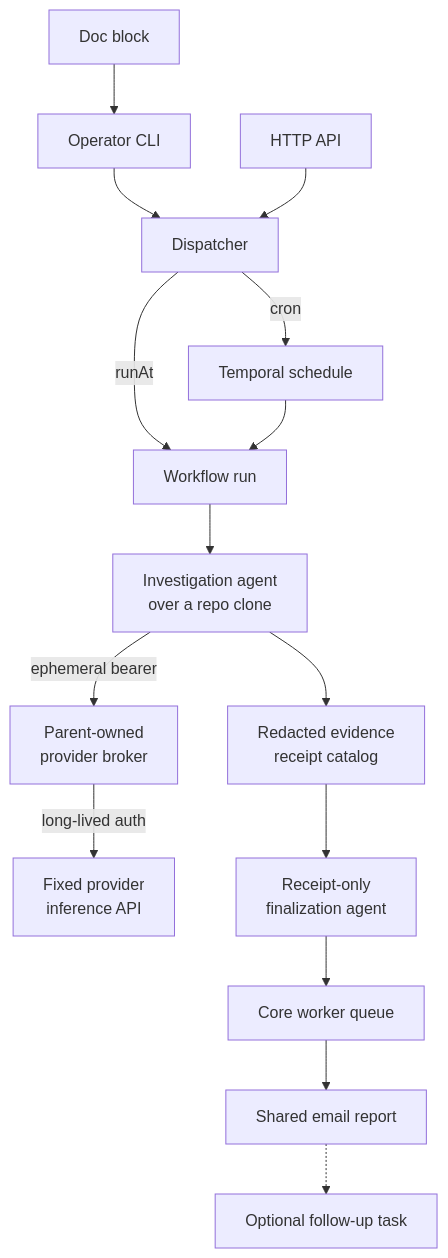
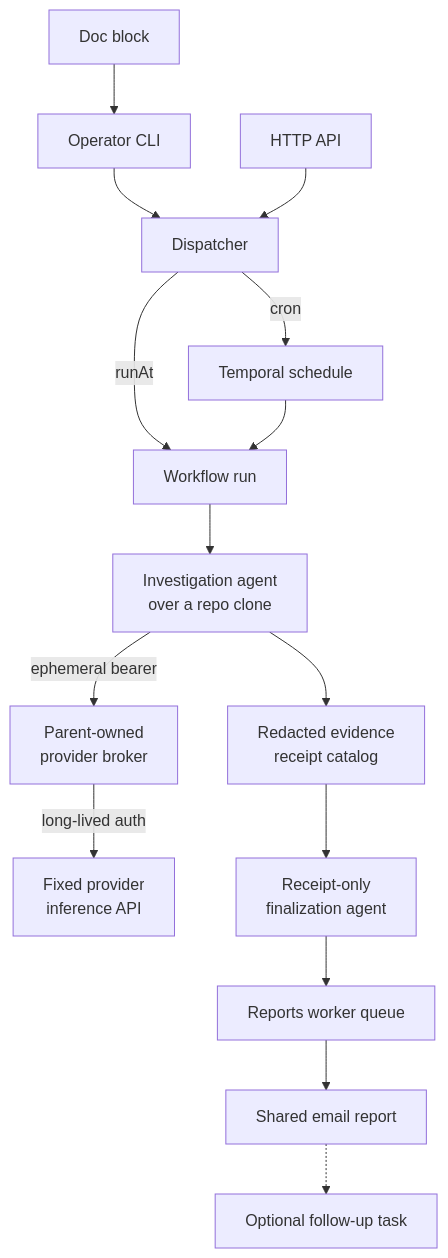
Before and after one commit to shepherdjerred/monorepo: the diagram in packages/docs/wiki/src/content/docs/explanation/temporal/agent-task-boundary.md, drawn with Mermaid. The commit also changed other lines of this file and 10 other files, not shown here.

First line of the commit message:
feat(temporal): route new scan reports to reports queue

````diff
--- a/packages/docs/wiki/src/content/docs/explanation/temporal/agent-task-boundary.md
+++ b/packages/docs/wiki/src/content/docs/explanation/temporal/agent-task-boundary.md
@@ -13,20 +13,20 @@
 ```mermaid
 flowchart TD
   accTitle: Agent task lifecycle
   accDescr: A doc block via the operator CLI, or the authenticated HTTP API, submits a task to one dispatcher, which either upserts a cron schedule or starts a one-off workflow. The workflow investigates over a repo clone, captures redacted evidence receipts, finalizes only from that catalog, sends a shared report, and may dispatch one follow-up.
 
   B[Doc block] --> CLI[Operator CLI]
   CLI --> DIS[Dispatcher]
   API[HTTP API] --> DIS
   DIS -->|cron| SCH[Temporal schedule]
   DIS -->|runAt| WF[Workflow run]
   SCH --> WF
   WF --> I[Investigation agent<br>over a repo clone]
   I -->|ephemeral bearer| BKR[Parent-owned<br>provider broker]
   BKR -->|long-lived auth| PAPI[Fixed provider<br>inference API]
   I --> R[Redacted evidence<br>receipt catalog]
   R --> FNL[Receipt-only<br>finalization agent]
-  FNL --> CQ[Core worker queue]
+  FNL --> CQ[Reports worker queue]
   CQ --> E[Shared email report]
   E -.-> F[Optional follow-up task]
 ```
````
